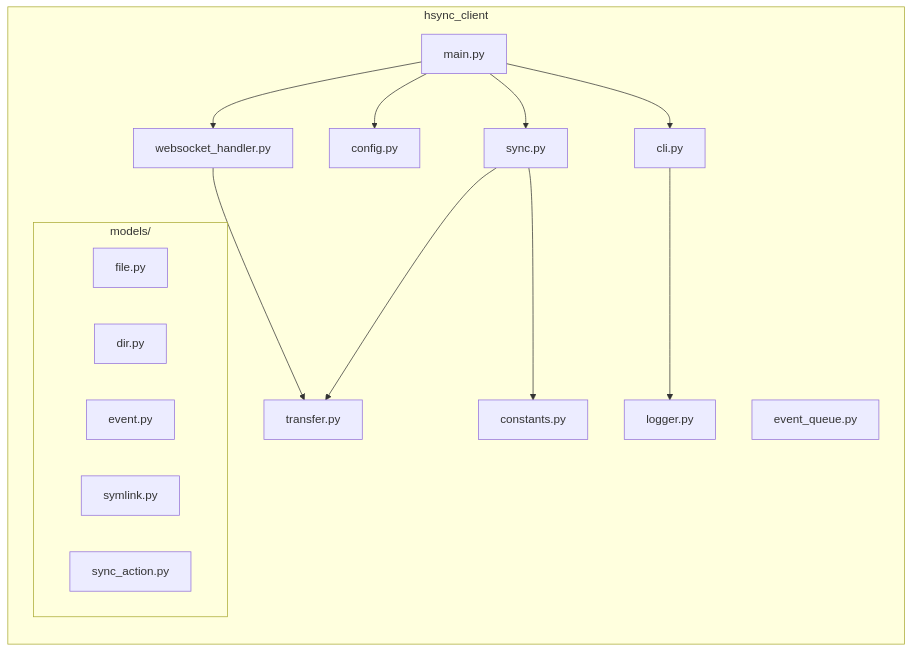
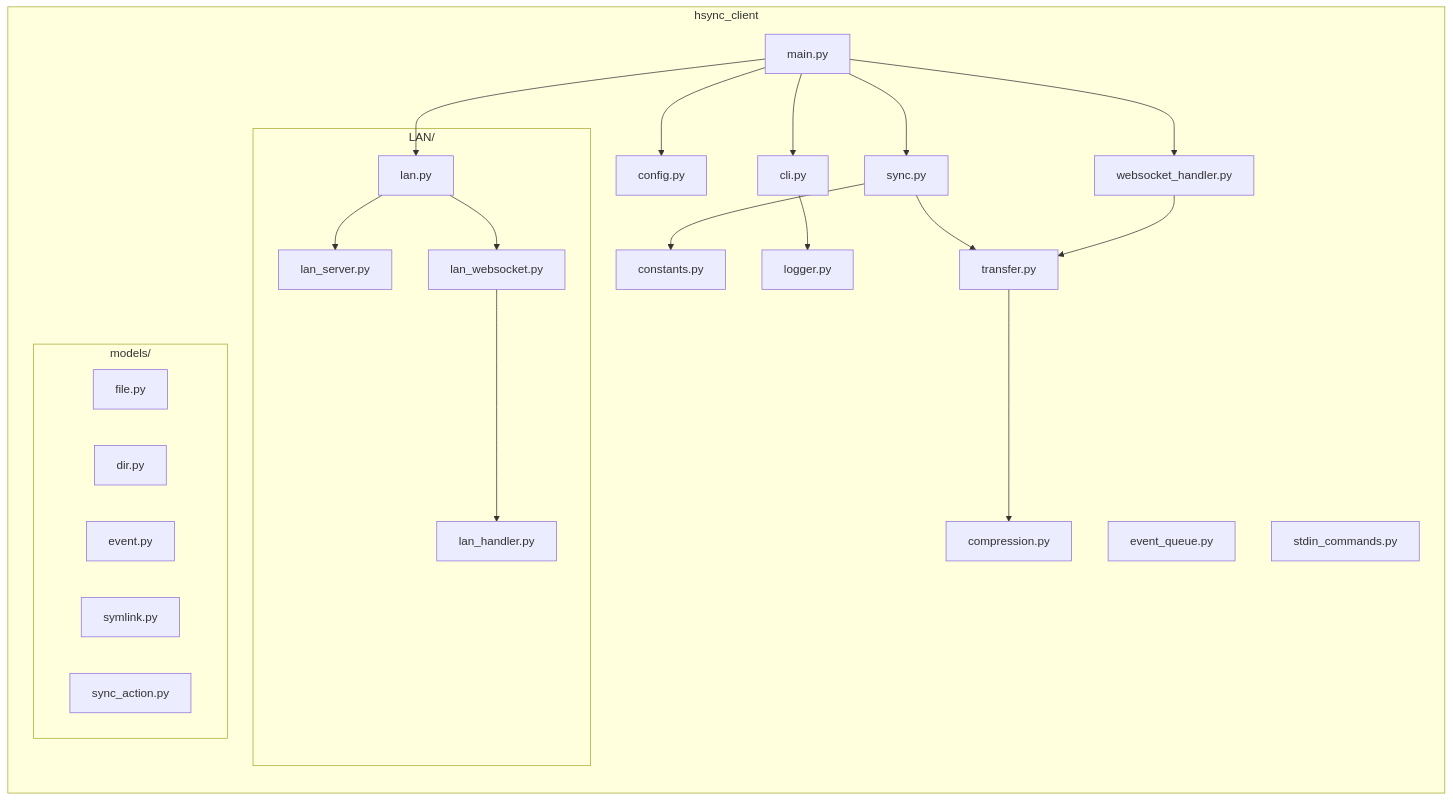
The second of 8 diagrams in docs/architecture.md (albertsdk/hsync-client), drawn with Mermaid before and after one commit. The commit also changed other lines of this file and 7 other files, not shown here.

````diff
--- a/docs/architecture.md
+++ b/docs/architecture.md
@@ -78,31 +78,45 @@
 ```mermaid
 graph LR
     subgraph "hsync_client"
         main[main.py]
         cli[cli.py]
         config[config.py]
         constants[constants.py]
         sync[sync.py]
         transfer[transfer.py]
         websocket[websocket_handler.py]
         logger[logger.py]
         event_queue[event_queue.py]
+        compression[compression.py]
+        stdin[stdin_commands.py]
+
+        subgraph "LAN/"
+            lan[lan.py]
+            lan_server[lan_server.py]
+            lan_websocket[lan_websocket.py]
+            lan_handler[lan_handler.py]
+        end
 
         subgraph "models/"
             file[file.py]
             dir[dir.py]
             event[event.py]
             symlink[symlink.py]
             sync_action[sync_action.py]
         end
     end
 
     main --> cli
     main --> config
     main --> sync
     main --> websocket
     sync --> transfer
     sync --> constants
     websocket --> transfer
     cli --> logger
+    main --> lan
+    lan --> lan_server
+    lan --> lan_websocket
+    lan_websocket --> lan_handler
+    transfer --> compression
 ```
````
